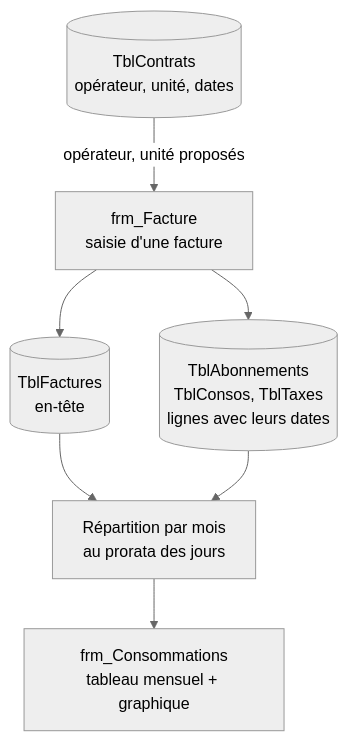
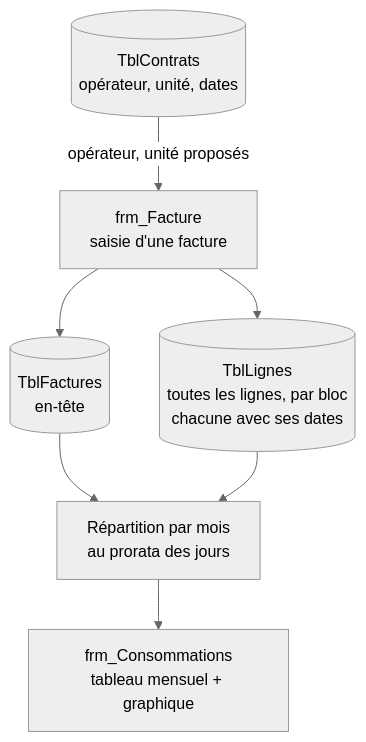
The ninth of 9 diagrams in README.md (alexblav/Suivi_Financier), drawn with Mermaid (neutral theme) before and after one commit. The commit also changed other lines of this file and 11 other files, not shown here.

````diff
--- a/README.md
+++ b/README.md
@@ -664,14 +664,14 @@
 ```mermaid
 flowchart TB
     CONTRAT[("TblContrats<br/>opérateur, unité, dates")]
     SAISIE["frm_Facture<br/>saisie d'une facture"]
     FAC[("TblFactures<br/>en-tête")]
-    LIG[("TblAbonnements<br/>TblConsos, TblTaxes<br/>lignes avec leurs dates")]
+    LIG[("TblLignes<br/>toutes les lignes, par bloc<br/>chacune avec ses dates")]
     CALC["Répartition par mois<br/>au prorata des jours"]
     ECRAN["frm_Consommations<br/>tableau mensuel + graphique"]
     CONTRAT -->|"opérateur, unité proposés"| SAISIE
     SAISIE --> FAC
     SAISIE --> LIG
     FAC --> CALC
     LIG --> CALC --> ECRAN
 ```
````
